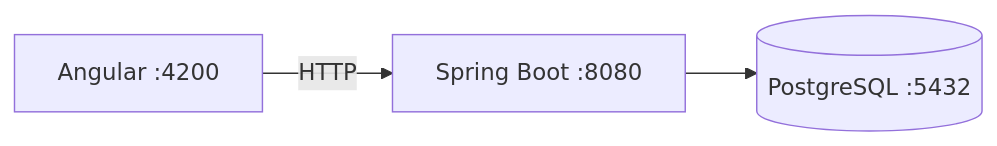
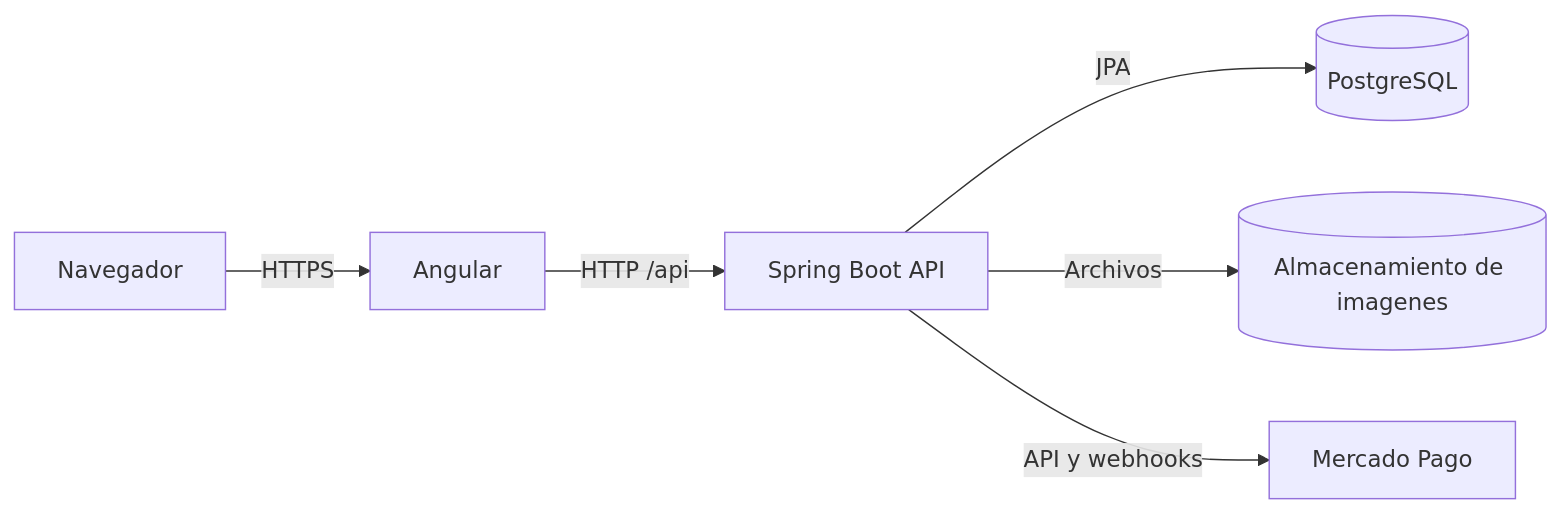
The first of 2 diagrams in README.md (421442-Aris-Federico-Nicolas/Pinatech), drawn with Mermaid before and after one commit. The commit also changed other lines of this file and 53 other files, not shown here.

````diff
--- a/README.md
+++ b/README.md
@@ -23,5 +17,8 @@
 ```mermaid
 flowchart LR
-    Angular[Angular :4200] -->|HTTP| API[Spring Boot :8080]
-    API --> DB[(PostgreSQL :5432)]
+    Browser[Navegador] -->|HTTPS| Frontend[Angular]
+    Frontend -->|HTTP /api| Backend[Spring Boot API]
+    Backend -->|JPA| Database[(PostgreSQL)]
+    Backend -->|Archivos| Storage[(Almacenamiento de imagenes)]
+    Backend -->|API y webhooks| MercadoPago[Mercado Pago]
 ```
````
